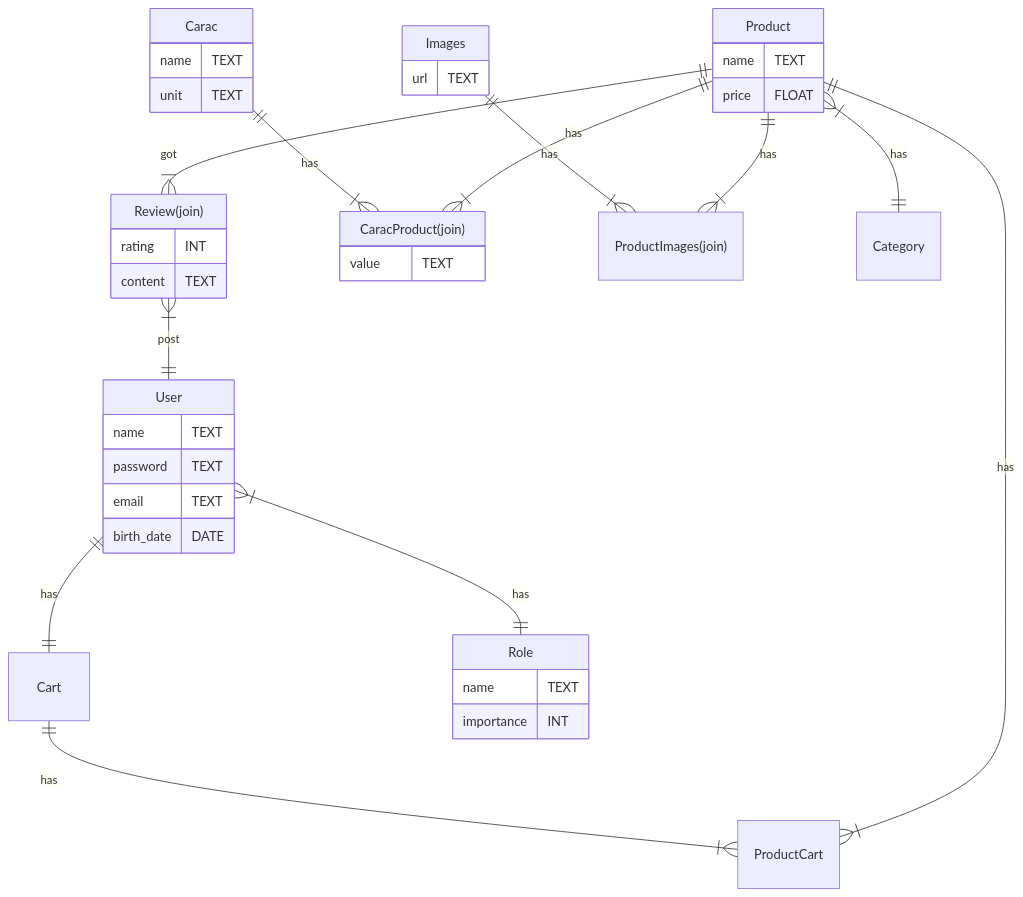
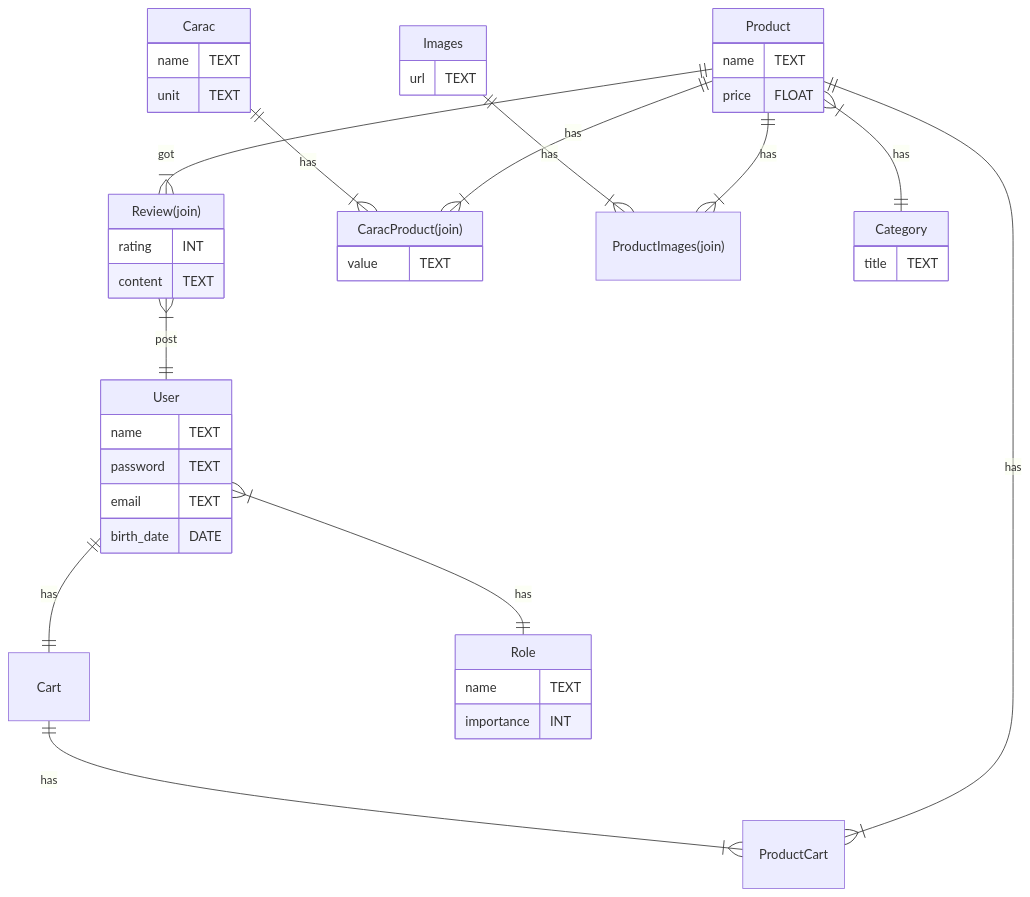
One commit to CHAOUCHI/parcours_cda changed the second of 2 diagrams in NodeJS/sequelize/relation/Projet boutique.md. Above: the diagram before and after it, drawn with Mermaid. The commit also changed other lines of this file and 3 other files, not shown here.

````diff
--- a/NodeJS/sequelize/relation/Projet boutique.md
+++ b/NodeJS/sequelize/relation/Projet boutique.md
@@ -30,52 +30,55 @@
 ```mermaid
 erDiagram
     Product{
         name TEXT
         price FLOAT
     }
     Review["Review(join)"]{
         rating INT
         content TEXT
     }
     Cart{
 
     }
     User{
         name TEXT
         password TEXT
         email TEXT
         birth_date DATE
     }
     Carac{
         name TEXT
         unit TEXT
     }
     Images{
         url TEXT
     }
     Role{
         name TEXT
         importance INT
     }
     CaracProduct["CaracProduct(join)"]{
         value TEXT
     }
     ProductImages["ProductImages(join)"]
+    Category{
+        title TEXT
+    }
     
     Product }|--|| Category : has
 
     Product ||--|{ Review : got
     Review }|--|| User : post
     
     Product ||--|{ ProductImages : has
     Images ||--|{ ProductImages : has
     
     Product ||--|{ CaracProduct : has
     Carac ||--|{ CaracProduct : has
     
     Product ||--|{ ProductCart : has
     Cart ||--|{ ProductCart : has
 
     User ||--|| Cart : has
     User }|--|| Role : has
 ```
````
